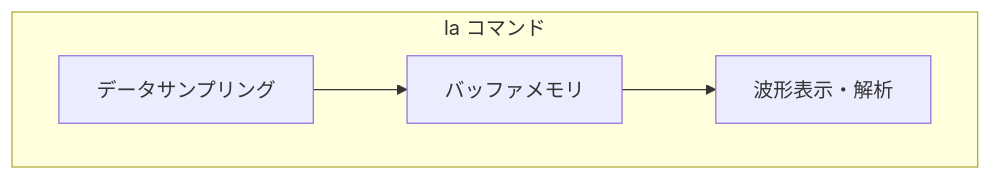
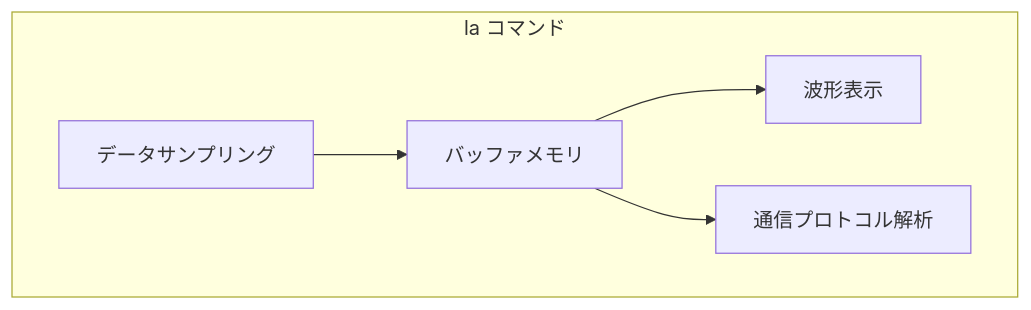
Before and after one commit to ypsitau/zenn: the diagram in articles/2025-09-08-labo-la.md, drawn with Mermaid. The commit also changed other lines of this file, not shown here.

Commit message:
updating articles

````diff
--- a/articles/2025-09-08-labo-la.md
+++ b/articles/2025-09-08-labo-la.md
@@ -36,9 +36,10 @@
 ```mermaid
 flowchart
   direction LR
   subgraph la[la コマンド]
     direction LR
     data-sampling[データサンプリング] --> memory[バッファメモリ]
-    memory --> waveform[波形表示・解析]
+    memory --> waveform[波形表示]
+    memory --> analysis[通信プロトコル解析]
   end
 ```
````
